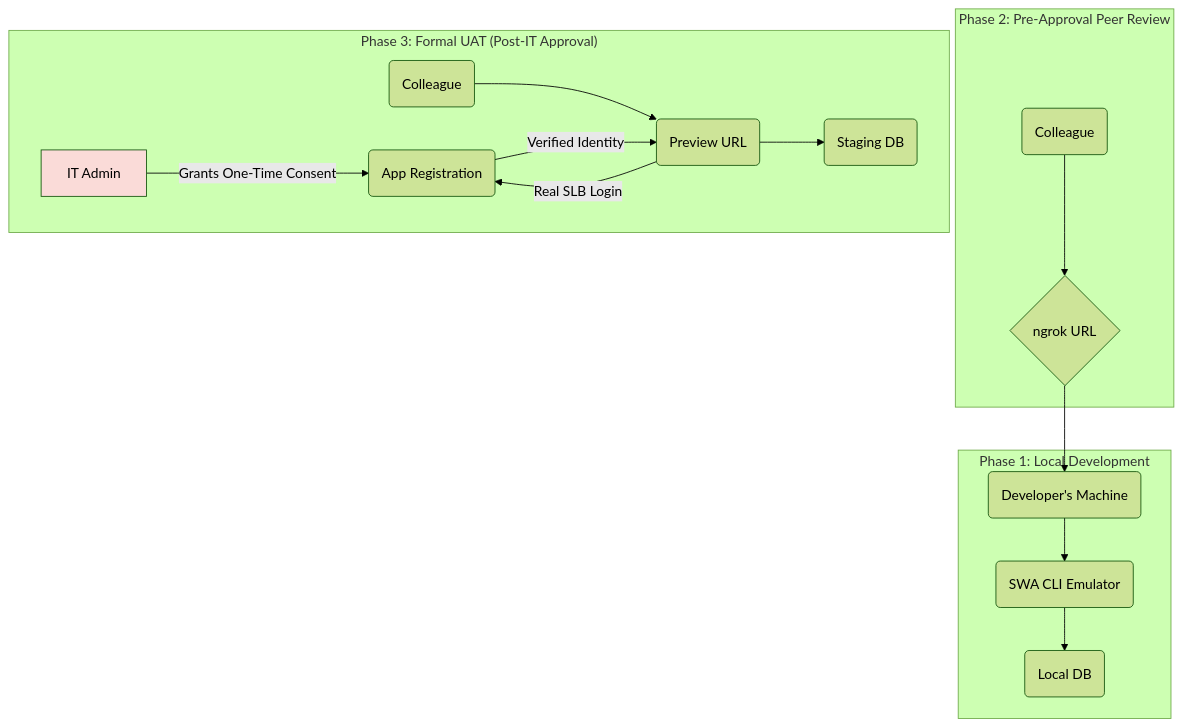
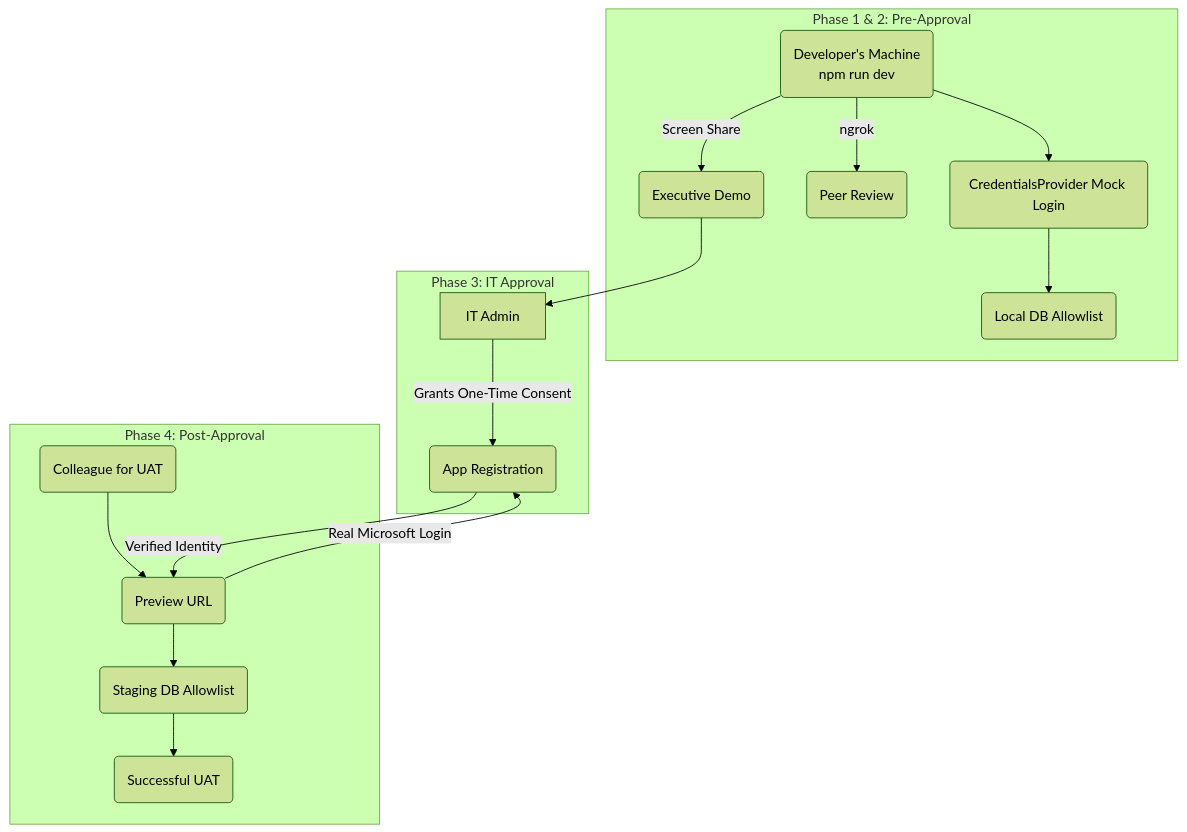
One commit to ihabwahbi/cost-management changed the ninth of 10 diagrams in docs/architecture.md. Above: the diagram before and after it, drawn with Mermaid (forest theme). The commit also changed other lines of this file and 1 other file, not shown here.

Commit message:
Updated architecture doc complete and updated front end spec to include SLB branding

````diff
--- a/docs/architecture.md
+++ b/docs/architecture.md
@@ -424,22 +780,23 @@
 ```mermaid
 graph TD
-    subgraph "Phase 1: Local Development"
-        A(Developer's Machine) --> B(SWA CLI Emulator);
-        B --> C(Local DB);
+    subgraph "Phase 1 & 2: Pre-Approval"
+        A(Developer's Machine <br> npm run dev) --> B(CredentialsProvider Mock Login);
+        B --> C(Local DB Allowlist);
+        A -- "ngrok" --> D(Peer Review);
+        A -- "Screen Share" --> E(Executive Demo);
     end
 
-    subgraph "Phase 2: Pre-Approval Peer Review"
-        D(Colleague) --> E{ngrok URL};
-        E --> A;
+    subgraph "Phase 3: IT Approval"
+        F[IT Admin] -- "Grants One-Time Consent" --> G(App Registration);
     end
 
-    subgraph "Phase 3: Formal UAT (Post-IT Approval)"
-        F[IT Admin] -- "Grants One-Time Consent" --> G(App Registration);
-        H(Colleague) --> I(Preview URL);
-        I -- "Real SLB Login" --> G;
+    subgraph "Phase 4: Post-Approval"
+        H(Colleague for UAT) --> I(Preview URL);
+        I -- "Real Microsoft Login" --> G;
         G -- "Verified Identity" --> I;
-        I --> J(Staging DB);
+        I --> J(Staging DB Allowlist);
+        J --> K(Successful UAT);
     end
 
-    style F fill:#FADBD8
+    E --> F;
 ```
````
